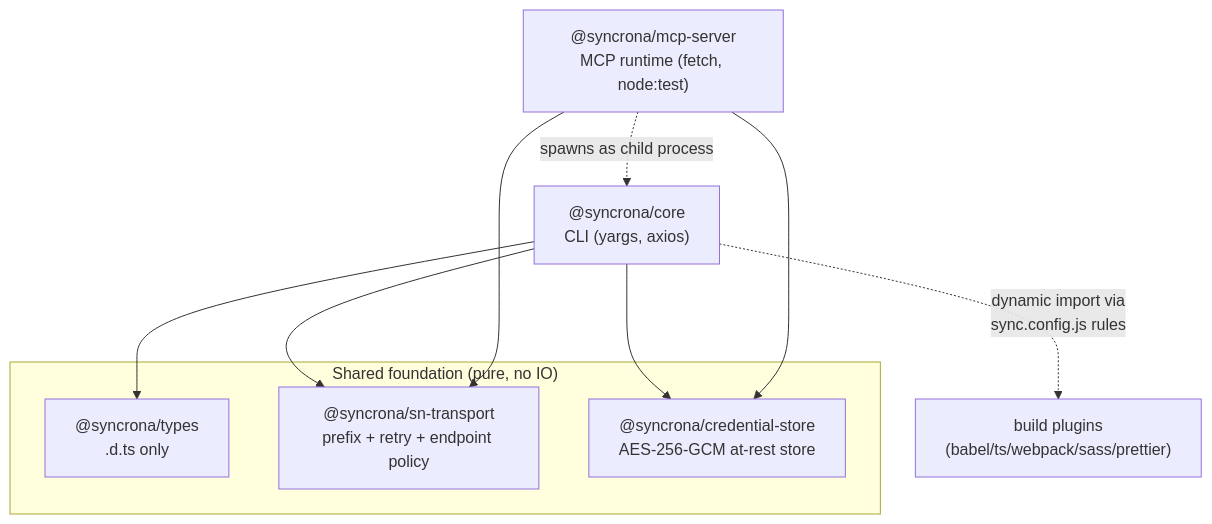
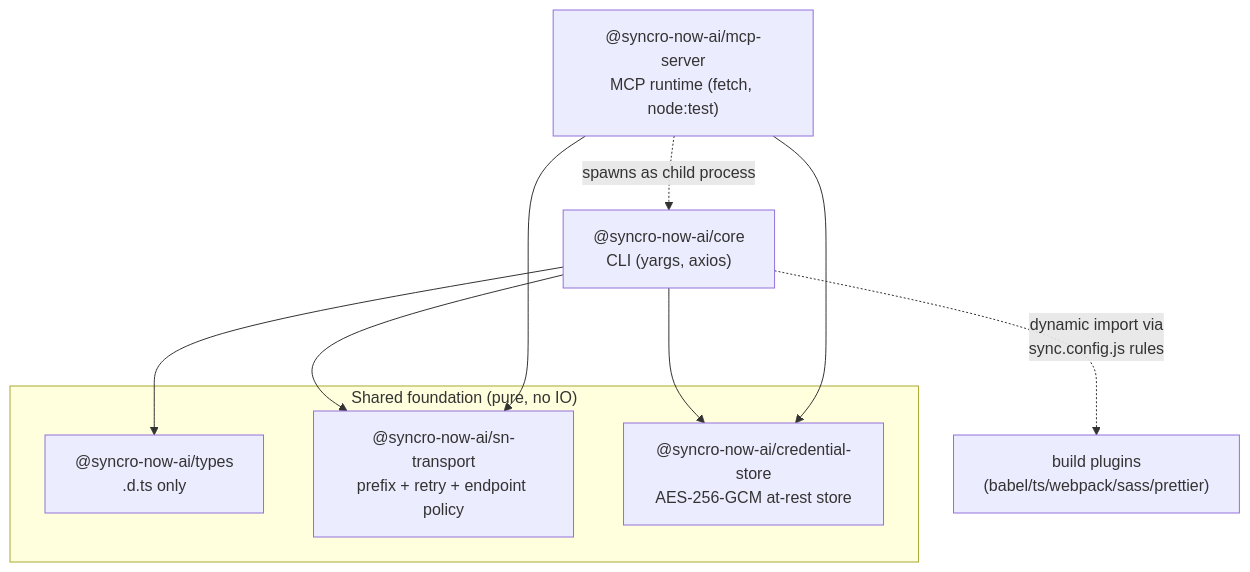
The first of 6 diagrams in docs/ARCHITECTURE.md (IvanBBaev/syncrona), drawn with Mermaid before and after one commit. The commit also changed other lines of this file and 89 other files, not shown here.

First line of the commit message:
chore(brand): rename npm scope @syncrona to @syncro-now-ai (BA6)

````diff
--- a/docs/ARCHITECTURE.md
+++ b/docs/ARCHITECTURE.md
@@ -27,20 +27,20 @@
 ```mermaid
 graph TD
     subgraph shared["Shared foundation (pure, no IO)"]
-        types["@syncrona/types<br/>.d.ts only"]
-        transport["@syncrona/sn-transport<br/>prefix + retry + endpoint policy"]
-        credstore["@syncrona/credential-store<br/>AES-256-GCM at-rest store"]
+        types["@syncro-now-ai/types<br/>.d.ts only"]
+        transport["@syncro-now-ai/sn-transport<br/>prefix + retry + endpoint policy"]
+        credstore["@syncro-now-ai/credential-store<br/>AES-256-GCM at-rest store"]
     end
 
-    core["@syncrona/core<br/>CLI (yargs, axios)"]
-    mcp["@syncrona/mcp-server<br/>MCP runtime (fetch, node:test)"]
+    core["@syncro-now-ai/core<br/>CLI (yargs, axios)"]
+    mcp["@syncro-now-ai/mcp-server<br/>MCP runtime (fetch, node:test)"]
     plugins["build plugins<br/>(babel/ts/webpack/sass/prettier)"]
 
     core --> types
     core --> transport
     core --> credstore
     mcp --> transport
     mcp --> credstore
     mcp -. "spawns as child process" .-> core
     core -. "dynamic import via<br/>sync.config.js rules" .-> plugins
 ```
````
